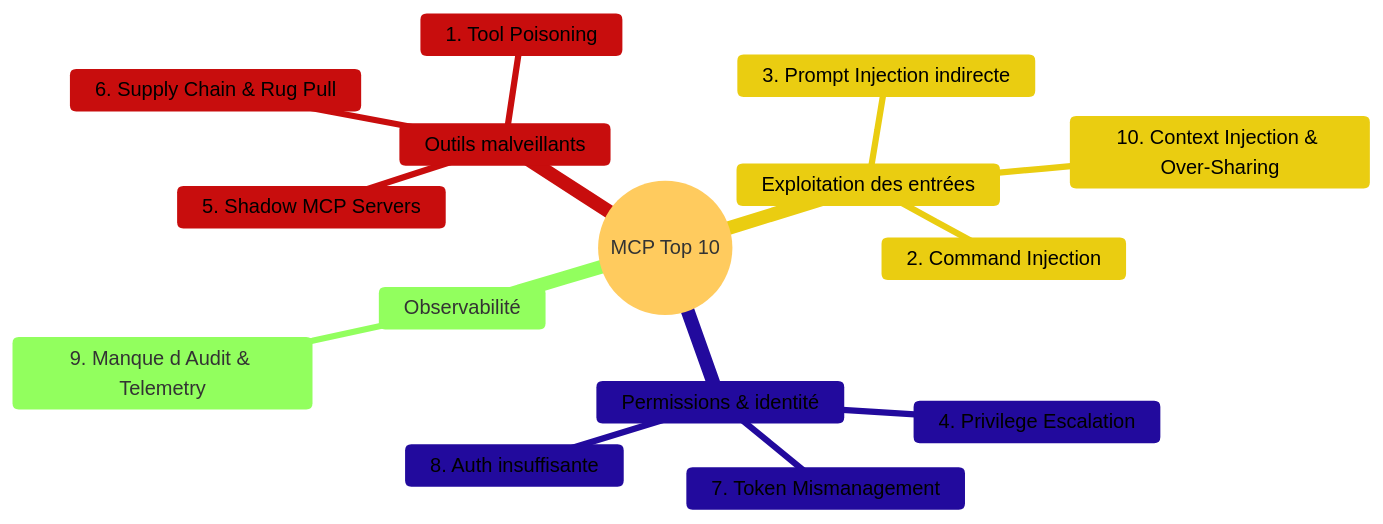
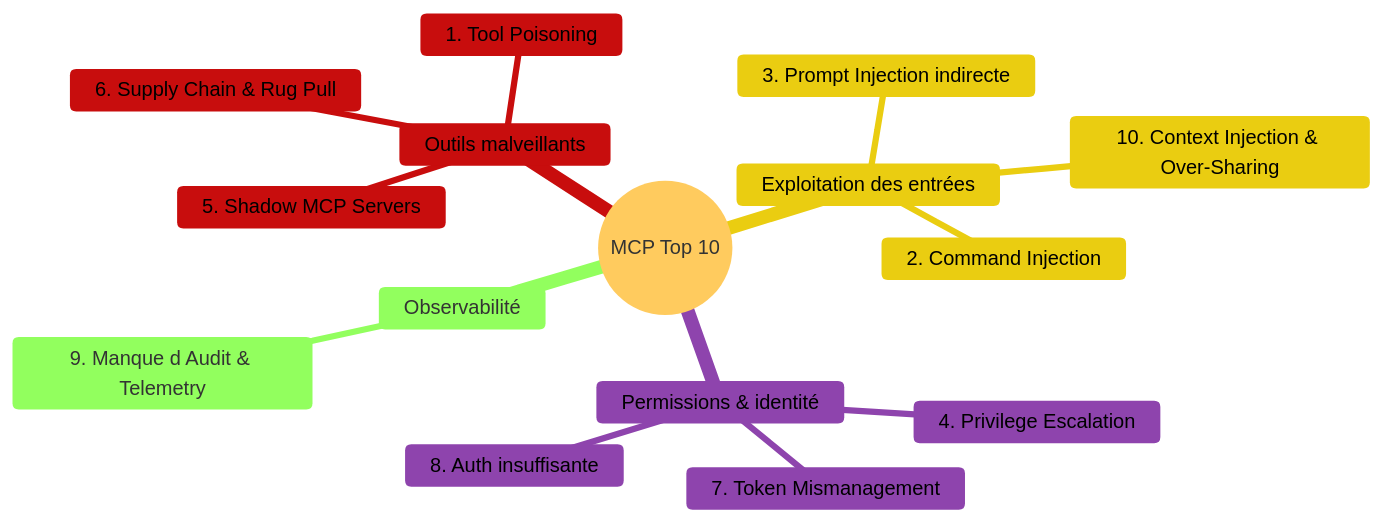
Before and after one commit to pi-2r/devoxxfr2026-workshop-jailbreak-prompt-injection-mcp-poisoning: the second of 9 diagrams in step_12.md, drawn with Mermaid.

Commit message:
make borders with the same colors

````diff
--- a/step_12.md
+++ b/step_12.md
@@ -93,19 +93,19 @@
 ```mermaid
-%%{init: {'theme': 'base', 'themeVariables': {'cScale0': '#024811', 'cScaleLabel0': '#000000', 'cBorder0': '#024811', 'cScale1': '#c80d0d', 'cScaleLabel1': '#000000', 'cBorder1': '#c80d0d', 'cScale2': '#eacd11', 'cScaleLabel2': '#000000', 'cBorder2': '#eacd11', 'cScale3': '#220a9d', 'cScaleLabel3': '#000000', 'cBorder3': '#220a9d', 'cScalePeer1': '#024811', 'cScalePeerLabel1': '#000000', 'cScalePeer2': '#c80d0d', 'cScalePeerLabel2': '#000000', 'cScalePeer3': '#eacd11', 'cScalePeerLabel3': '#000000', 'cScalePeer4': '#220a9d', 'cScalePeerLabel4': '#000000'}}}%%
+%%{init: {'theme': 'base', 'themeVariables': {'cScale0': '#1f870a', 'cScaleLabel0': '#000000', 'cBorder0': '#1f870a', 'cScale1': '#c80d0d', 'cScaleLabel1': '#000000', 'cBorder1': '#c80d0d', 'cScale2': '#eacd11', 'cScaleLabel2': '#000000', 'cBorder2': '#eacd11', 'cScale3': '#8e44ad', 'cScaleLabel3': '#000000', 'cBorder3': '#8e44ad', 'cScalePeer1': '#1f870a', 'cScalePeerLabel1': '#000000', 'cScalePeer2': '#c80d0d', 'cScalePeerLabel2': '#000000', 'cScalePeer3': '#eacd11', 'cScalePeerLabel3': '#000000', 'cScalePeer4': '#7d3c98', 'cScalePeerLabel4': '#000000'}}}%%
 mindmap
   root((MCP Top 10))
     Outils malveillants
       1. Tool Poisoning
       6. Supply Chain & Rug Pull
       5. Shadow MCP Servers
     Exploitation des entrées
       2. Command Injection
       3. Prompt Injection indirecte
       10. Context Injection & Over-Sharing
     Permissions & identité
       4. Privilege Escalation
       7. Token Mismanagement
       8. Auth insuffisante
     Observabilité
       9. Manque d Audit & Telemetry
 ```
````
